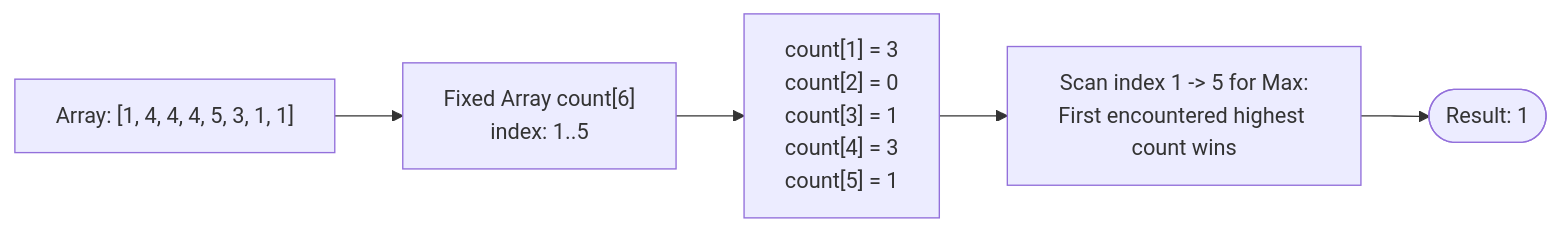
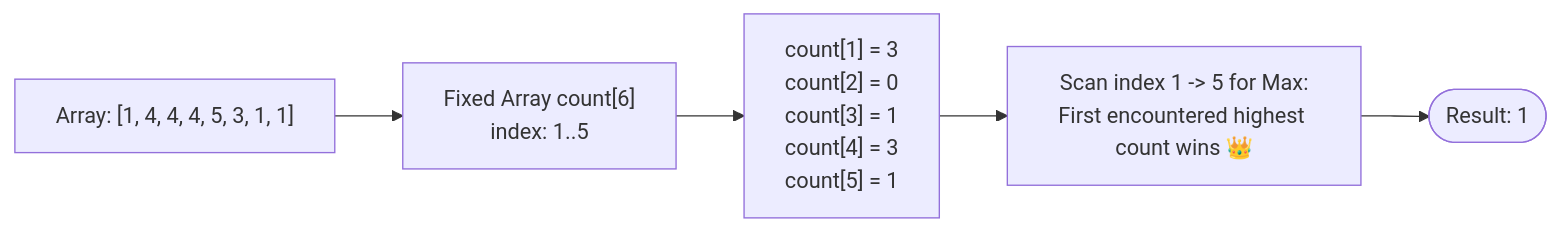
One commit to JyotiPrakashMallick/interview_prep changed the sixth of 7 diagrams in README.md. Above: the diagram before and after it, drawn with Mermaid. The commit also changed other lines of this file and 7 other files, not shown here.

````diff
--- a/README.md
+++ b/README.md
@@ -251,7 +208,7 @@
 ```mermaid
 flowchart LR
     Input["Array: [1, 4, 4, 4, 5, 3, 1, 1]"] --> Count["Fixed Array count[6]<br/>index: 1..5"]
     Count --> Tally["count[1] = 3<br/>count[2] = 0<br/>count[3] = 1<br/>count[4] = 3<br/>count[5] = 1"]
-    Tally --> Scan["Scan index 1 -> 5 for Max:<br/>First encountered highest count wins"]
+    Tally --> Scan["Scan index 1 -> 5 for Max:<br/>First encountered highest count wins 👑"]
     Scan --> Result(["Result: 1"])
 ```
````
